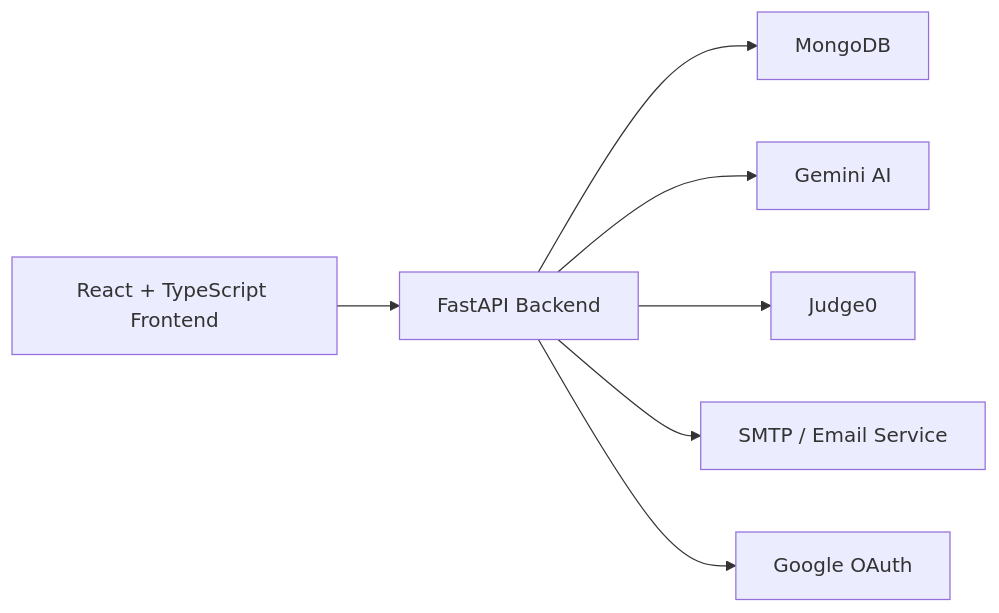
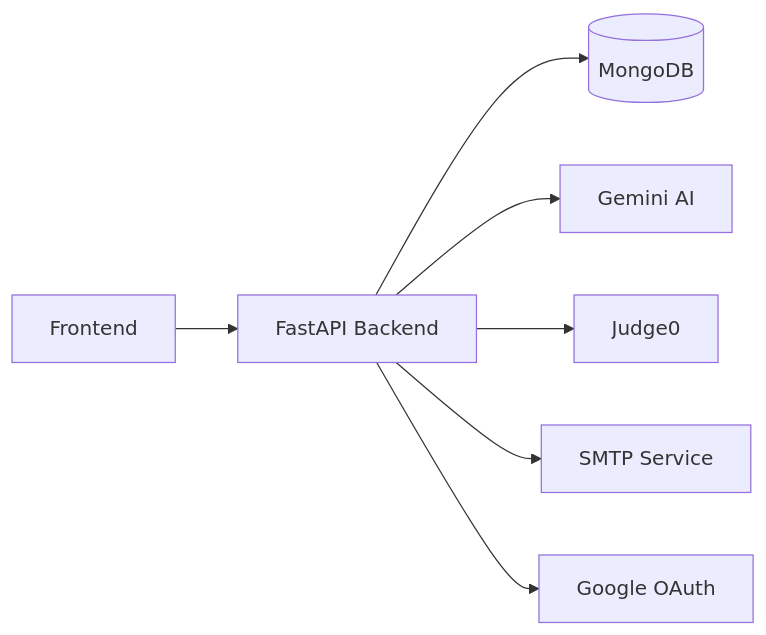
One commit to AbuVakar/PyMastery changed the first of 3 diagrams in README.md. Above: the diagram before and after it, drawn with Mermaid. The commit also changed other lines of this file, not shown here.

Commit message:
Simplify Mermaid diagrams and add fallback text

````diff
--- a/README.md
+++ b/README.md
@@ -89,9 +89,17 @@
 ```mermaid
-flowchart LR
-    A["React + TypeScript Frontend"] --> B["FastAPI Backend"]
-    B --> C["MongoDB"]
-    B --> D["Gemini AI"]
-    B --> E["Judge0"]
-    B --> F["SMTP / Email Service"]
-    B --> G["Google OAuth"]
+graph LR
+    FE[Frontend]
+    API[FastAPI Backend]
+    DB[(MongoDB)]
+    AI[Gemini AI]
+    J0[Judge0]
+    SMTP[SMTP Service]
+    GO[Google OAuth]
+
+    FE --> API
+    API --> DB
+    API --> AI
+    API --> J0
+    API --> SMTP
+    API --> GO
 ```
````
